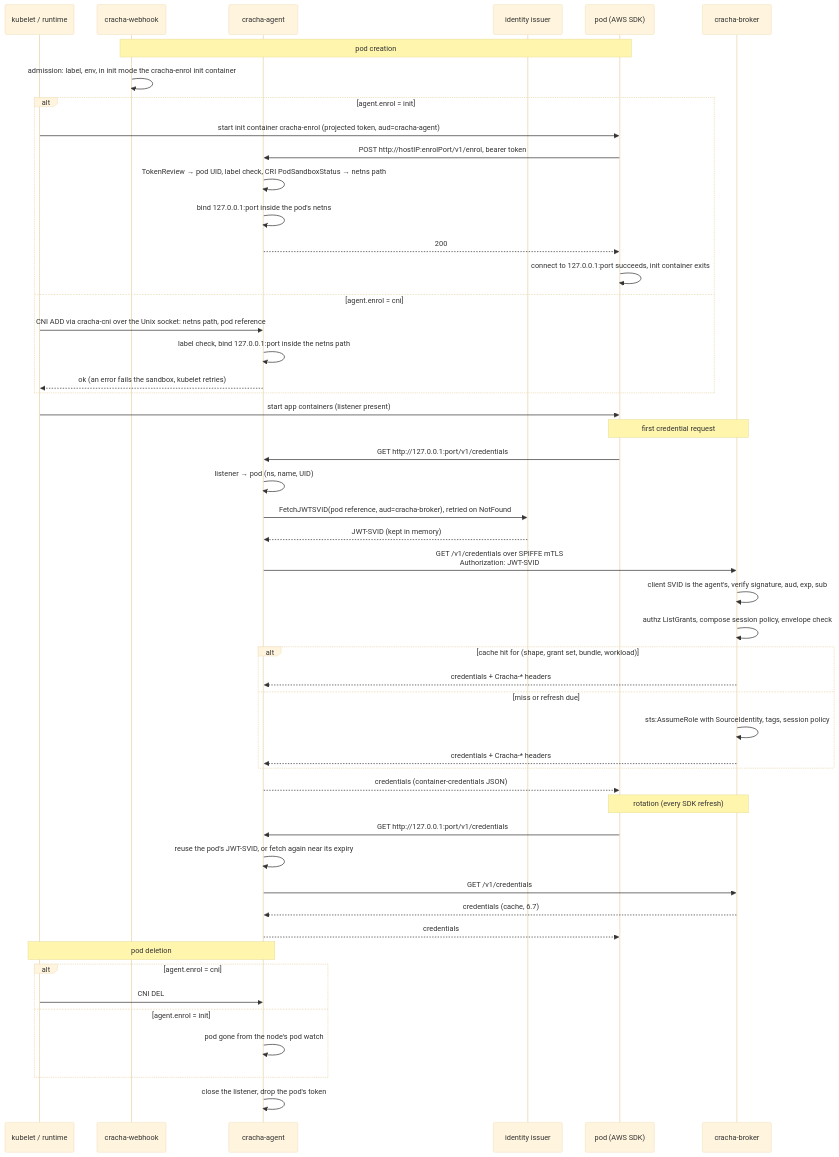
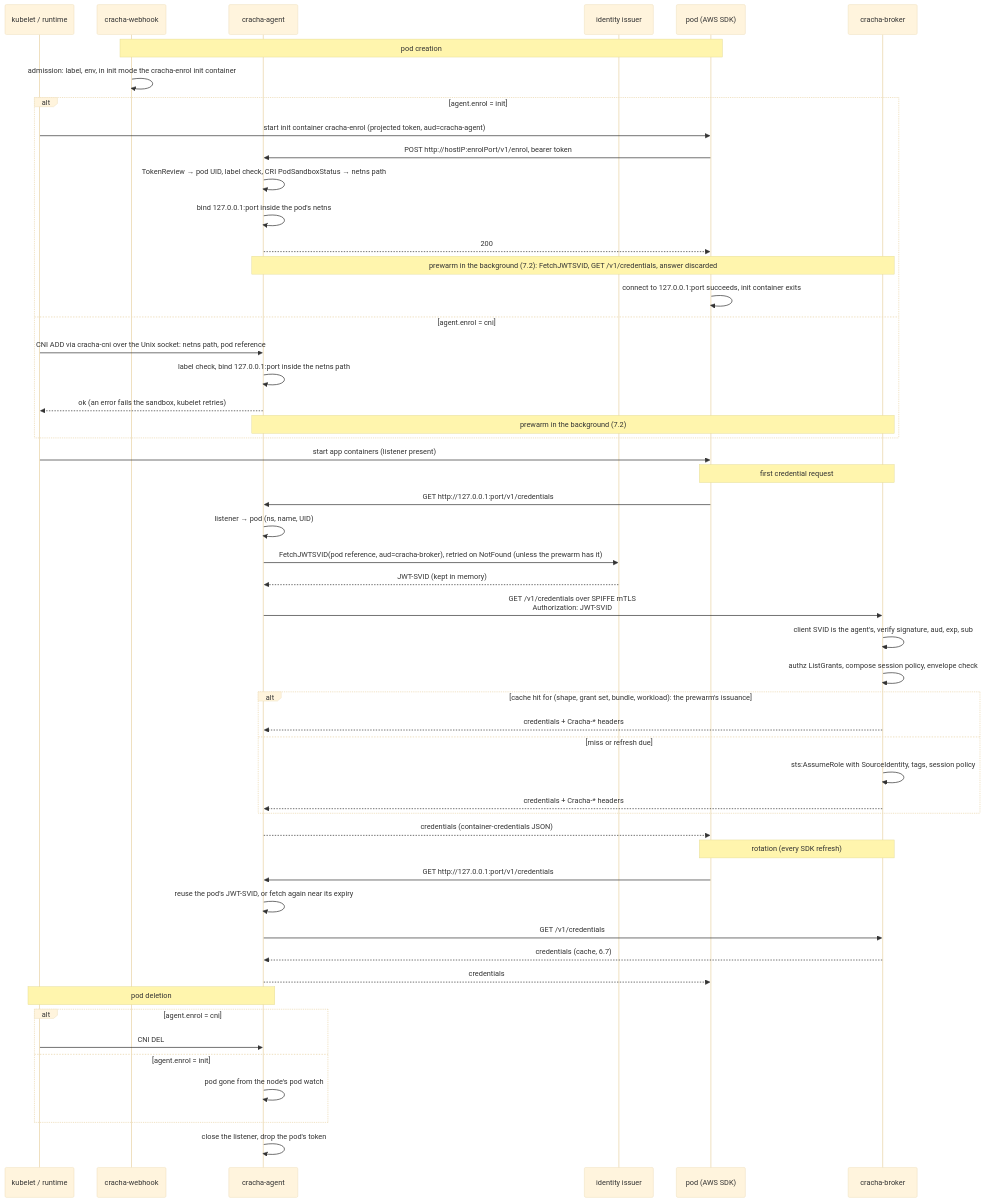
The second of 2 diagrams in docs/design.md (bpalermo/cracha), drawn with Mermaid (base theme) before and after one commit. The commit also changed other lines of this file and 27 other files, not shown here.

First line of the commit message:
Prewarm a pod's first credential request at enrolment; inject SDK timeouts (#53)

````diff
--- a/docs/design.md
+++ b/docs/design.md
@@ -470,56 +473,58 @@
 ```mermaid
 sequenceDiagram
     participant K as kubelet / runtime
     participant W as cracha-webhook
     participant N as cracha-agent
     participant I as identity issuer
     participant P as pod (AWS SDK)
     participant B as cracha-broker
 
     Note over W,P: pod creation
     W->>W: admission: label, env, in init mode the cracha-enrol init container
     alt agent.enrol = init
         K->>P: start init container cracha-enrol (projected token, aud=cracha-agent)
         P->>N: POST http://hostIP:enrolPort/v1/enrol, bearer token
         N->>N: TokenReview → pod UID, label check, CRI PodSandboxStatus → netns path
         N->>N: bind 127.0.0.1:port inside the pod's netns
         N-->>P: 200
+        Note over N,B: prewarm in the background (7.2): FetchJWTSVID, GET /v1/credentials, answer discarded
         P->>P: connect to 127.0.0.1:port succeeds, init container exits
     else agent.enrol = cni
         K->>N: CNI ADD via cracha-cni over the Unix socket: netns path, pod reference
         N->>N: label check, bind 127.0.0.1:port inside the netns path
         N-->>K: ok (an error fails the sandbox, kubelet retries)
+        Note over N,B: prewarm in the background (7.2)
     end
     K->>P: start app containers (listener present)
 
     Note over P,B: first credential request
     P->>N: GET http://127.0.0.1:port/v1/credentials
     N->>N: listener → pod (ns, name, UID)
-    N->>I: FetchJWTSVID(pod reference, aud=cracha-broker), retried on NotFound
+    N->>I: FetchJWTSVID(pod reference, aud=cracha-broker), retried on NotFound (unless the prewarm has it)
     I-->>N: JWT-SVID (kept in memory)
     N->>B: GET /v1/credentials over SPIFFE mTLS<br/>Authorization: JWT-SVID
     B->>B: client SVID is the agent's, verify signature, aud, exp, sub
     B->>B: authz ListGrants, compose session policy, envelope check
-    alt cache hit for (shape, grant set, bundle, workload)
+    alt cache hit for (shape, grant set, bundle, workload): the prewarm's issuance
         B-->>N: credentials + Cracha-* headers
     else miss or refresh due
         B->>B: sts:AssumeRole with SourceIdentity, tags, session policy
         B-->>N: credentials + Cracha-* headers
     end
     N-->>P: credentials (container-credentials JSON)
 
     Note over P,B: rotation (every SDK refresh)
     P->>N: GET http://127.0.0.1:port/v1/credentials
     N->>N: reuse the pod's JWT-SVID, or fetch again near its expiry
     N->>B: GET /v1/credentials
     B-->>N: credentials (cache, 6.7)
     N-->>P: credentials
 
     Note over K,N: pod deletion
     alt agent.enrol = cni
         K->>N: CNI DEL
     else agent.enrol = init
         N->>N: pod gone from the node's pod watch
     end
     N->>N: close the listener, drop the pod's token
 ```
````
